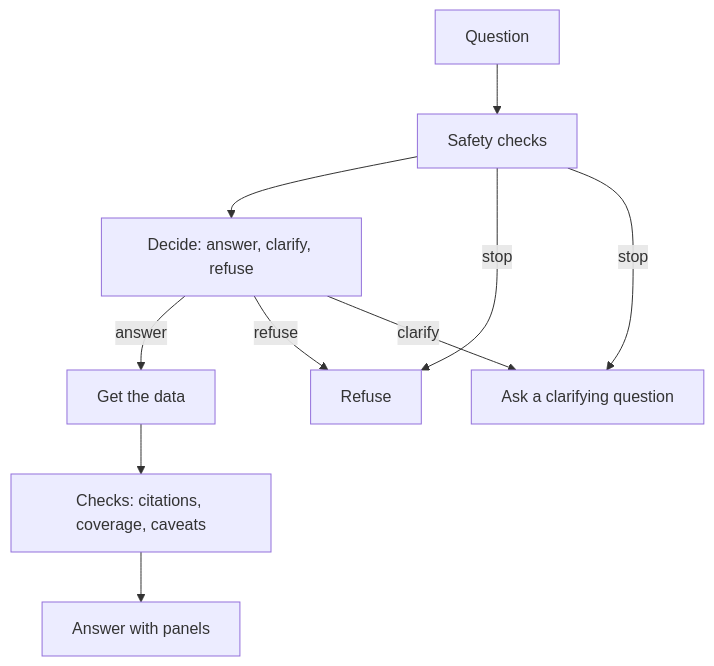
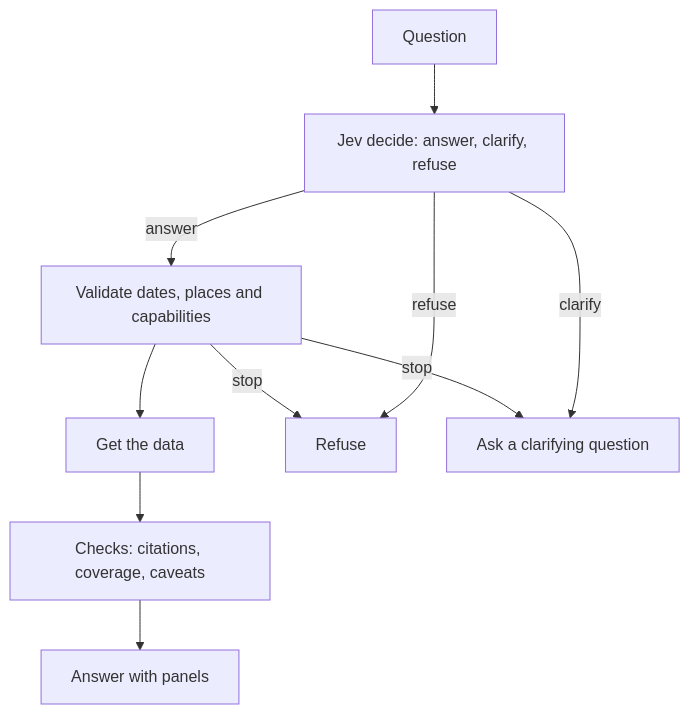
The second of 2 diagrams in README.md (Woody-Zhu-Group/Wildfire-Platform), drawn with Mermaid before and after one commit. The commit also changed other lines of this file and 24 other files, not shown here.

Commit message:
Let Jev own decide-mode intent and prepare versioned v4 evaluation (#108)

````diff
--- a/README.md
+++ b/README.md
@@ -32,12 +32,12 @@
 ```mermaid
 flowchart TD
-    Q["Question"] --> Safe["Safety checks"]
-    Safe --> Decide["Decide: answer, clarify, refuse"]
-    Decide -->|"answer"| Get["Get the data"]
+    Q["Question"] --> Decide["Jev decide: answer, clarify, refuse"]
+    Decide -->|"answer"| Safe["Validate dates, places and capabilities"]
+    Safe --> Get["Get the data"]
     Get --> Checks["Checks: citations, coverage, caveats"]
     Checks --> Ans["Answer with panels"]
     Safe -->|"stop"| Refuse["Refuse"]
     Decide -->|"refuse"| Refuse
     Safe -->|"stop"| Clarify["Ask a clarifying question"]
     Decide -->|"clarify"| Clarify
 ```
````
